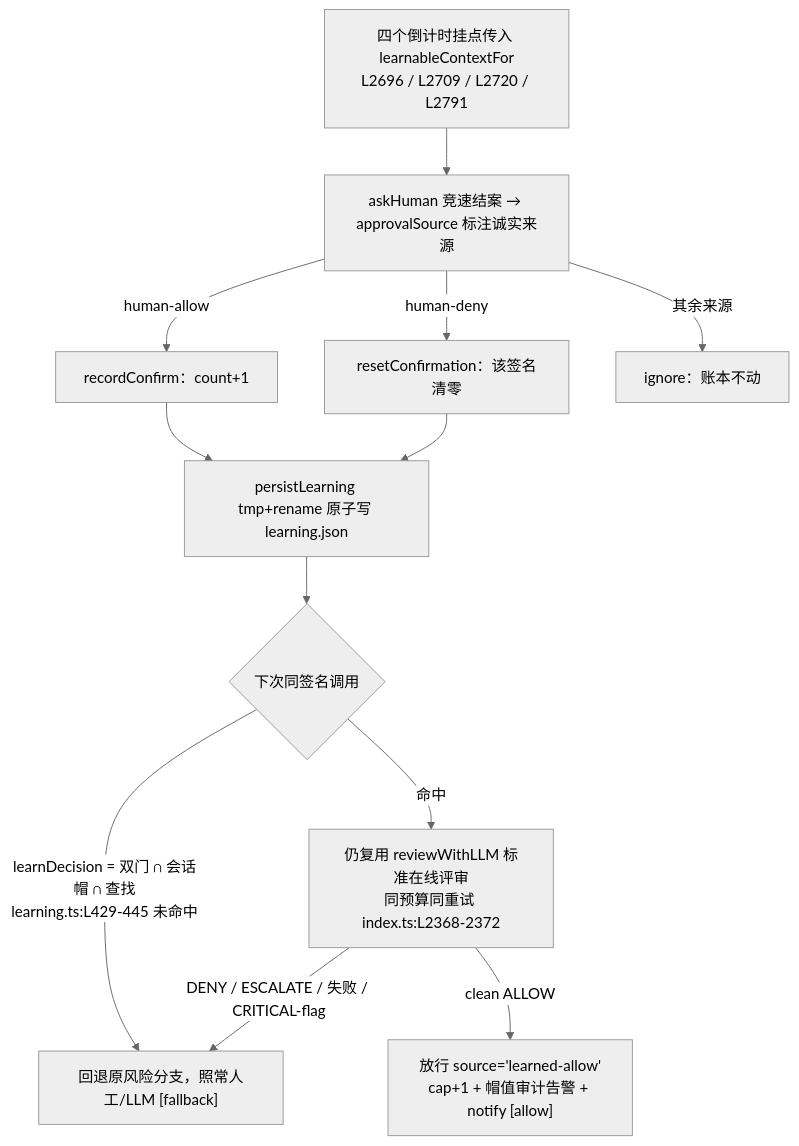
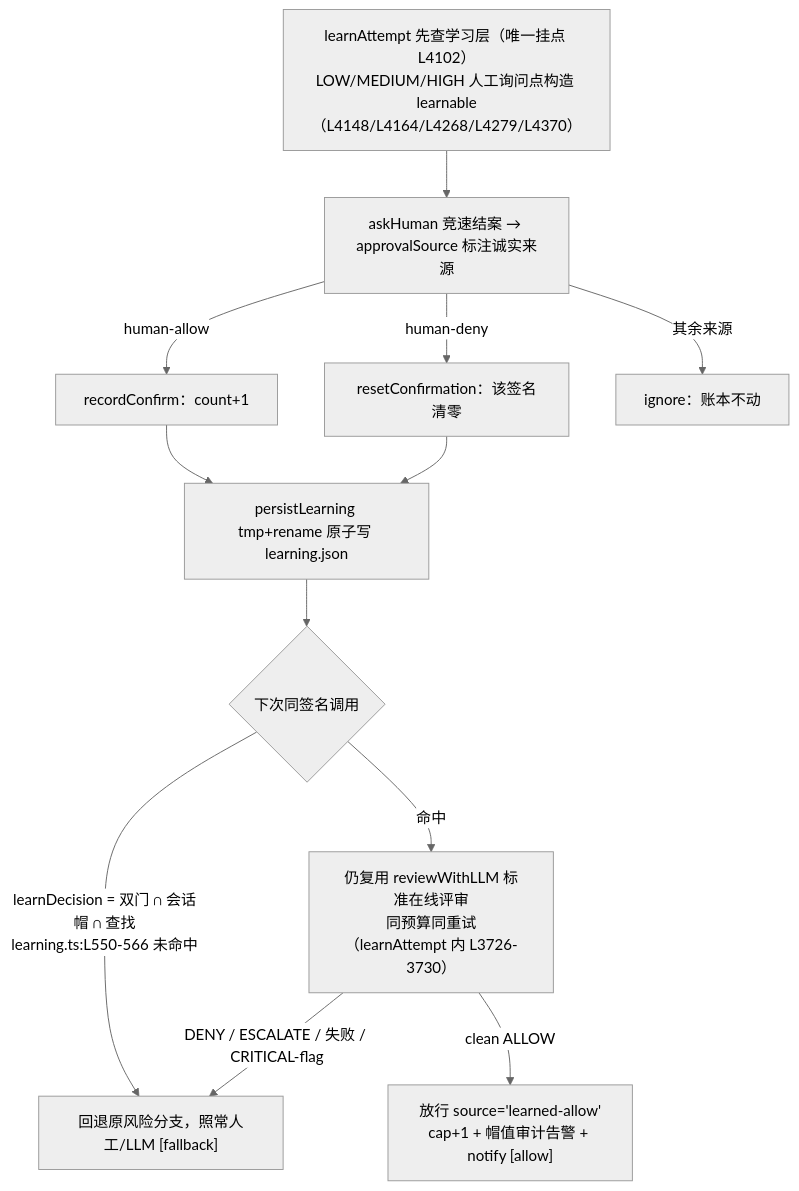
The diagram in docs/18-confirm-learning.md (cuddly-guacamole/dsh-auto-approval-llm), drawn with Mermaid (neutral theme) before and after one commit. The commit also changed other lines of this file and 11 other files, not shown here.

Commit message:
docs: relocate line anchors to current source, fix review-timeout and TTL semantics, add HARD_LOCKED and sidebar 19

````diff
--- a/docs/18-confirm-learning.md
+++ b/docs/18-confirm-learning.md
@@ -31,14 +35,14 @@
 ```mermaid
 flowchart TD
-    A["四个倒计时挂点传入 learnableContextFor<br/>L2696 / L2709 / L2720 / L2791"] --> B["askHuman 竞速结案 → approvalSource 标注诚实来源"]
+    A["learnAttempt 先查学习层（唯一挂点 L4102）<br/>LOW/MEDIUM/HIGH 人工询问点构造 learnable（L4148/L4164/L4268/L4279/L4370）"] --> B["askHuman 竞速结案 → approvalSource 标注诚实来源"]
     B -->|"human-allow"| C["recordConfirm：count+1"]
     B -->|"human-deny"| D["resetConfirmation：该签名清零"]
     B -->|"其余来源"| E["ignore：账本不动"]
     C --> F["persistLearning tmp+rename 原子写 learning.json"]
     D --> F
     F --> G{"下次同签名调用"}
-    G -->|"learnDecision = 双门 ∩ 会话帽 ∩ 查找<br/>learning.ts:L429-445 未命中"| M["回退原风险分支，照常人工/LLM [fallback]"]
-    G -->|"命中"| I["仍复用 reviewWithLLM 标准在线评审<br/>同预算同重试 index.ts:L2368-2372"]
+    G -->|"learnDecision = 双门 ∩ 会话帽 ∩ 查找<br/>learning.ts:L550-566 未命中"| M["回退原风险分支，照常人工/LLM [fallback]"]
+    G -->|"命中"| I["仍复用 reviewWithLLM 标准在线评审<br/>同预算同重试（learnAttempt 内 L3726-3730）"]
     I -->|"clean ALLOW"| J["放行 source='learned-allow'<br/>cap+1 + 帽值审计告警 + notify [allow]"]
     I -->|"DENY / ESCALATE / 失败 / CRITICAL-flag"| M
 ```
````
